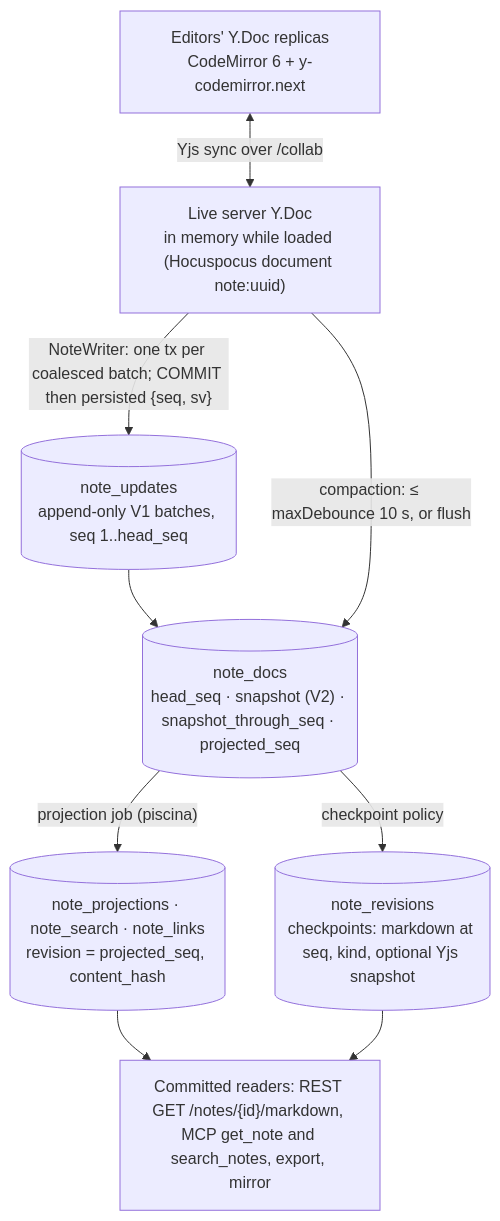
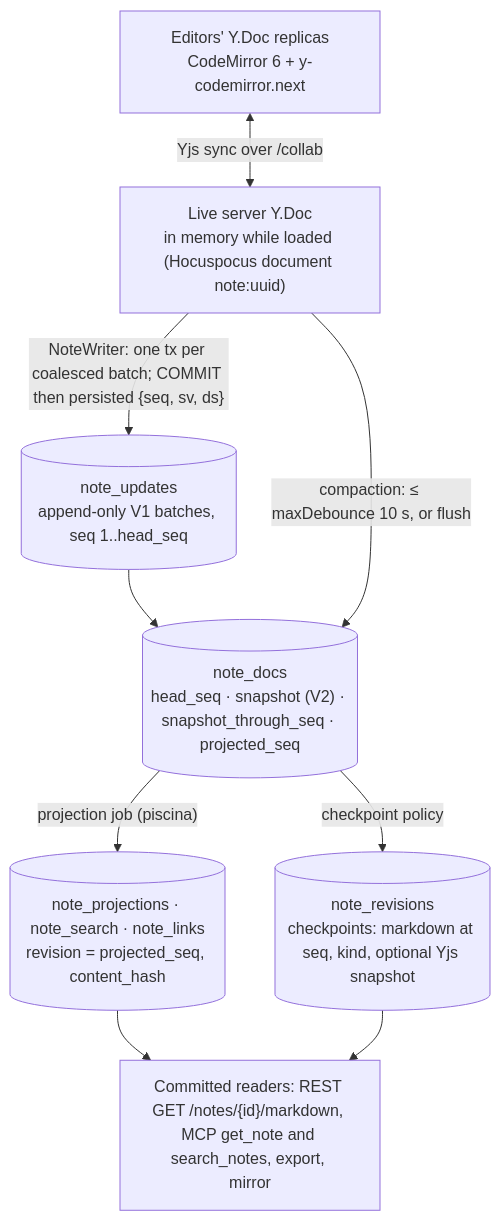
The second of 2 diagrams in docs/plan/01-vision-scope-and-principles.md (Mythikos/iridium), drawn with Mermaid before and after one commit. The commit also changed other lines of this file and 691 other files, not shown here.

````diff
--- a/docs/plan/01-vision-scope-and-principles.md
+++ b/docs/plan/01-vision-scope-and-principles.md
@@ -283,18 +283,18 @@
 ```mermaid
 flowchart TB
   CLIENT["Editors' Y.Doc replicas<br/>CodeMirror 6 + y-codemirror.next"]
   LIVE["Live server Y.Doc<br/>in memory while loaded (Hocuspocus document note:uuid)"]
   LOG[("note_updates<br/>append-only V1 batches, seq 1..head_seq")]
   DOCS[("note_docs<br/>head_seq · snapshot (V2) · snapshot_through_seq · projected_seq")]
   PROJ[("note_projections · note_search · note_links<br/>revision = projected_seq, content_hash")]
   REV[("note_revisions<br/>checkpoints: markdown at seq, kind, optional Yjs snapshot")]
   READERS["Committed readers: REST GET /notes/{id}/markdown, MCP get_note and search_notes, export, mirror"]
   CLIENT <-->|"Yjs sync over /collab"| LIVE
-  LIVE -->|"NoteWriter: one tx per coalesced batch; COMMIT then persisted {seq, sv}"| LOG
+  LIVE -->|"NoteWriter: one tx per coalesced batch; COMMIT then persisted {seq, sv, ds}"| LOG
   LOG --> DOCS
   LIVE -->|"compaction: ≤ maxDebounce 10 s, or flush"| DOCS
   DOCS -->|"projection job (piscina)"| PROJ
   DOCS -->|"checkpoint policy"| REV
   PROJ --> READERS
   REV --> READERS
 ```
````
